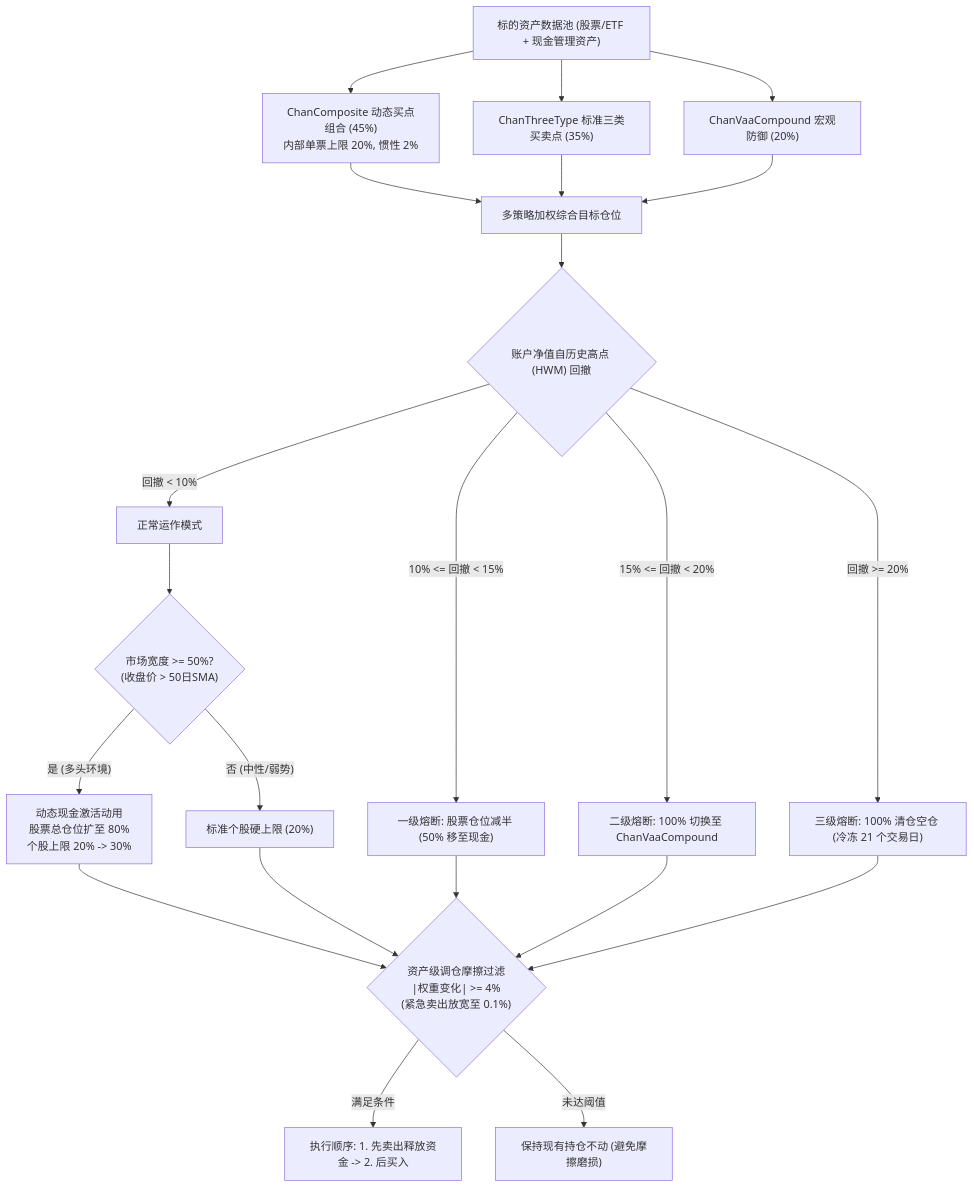
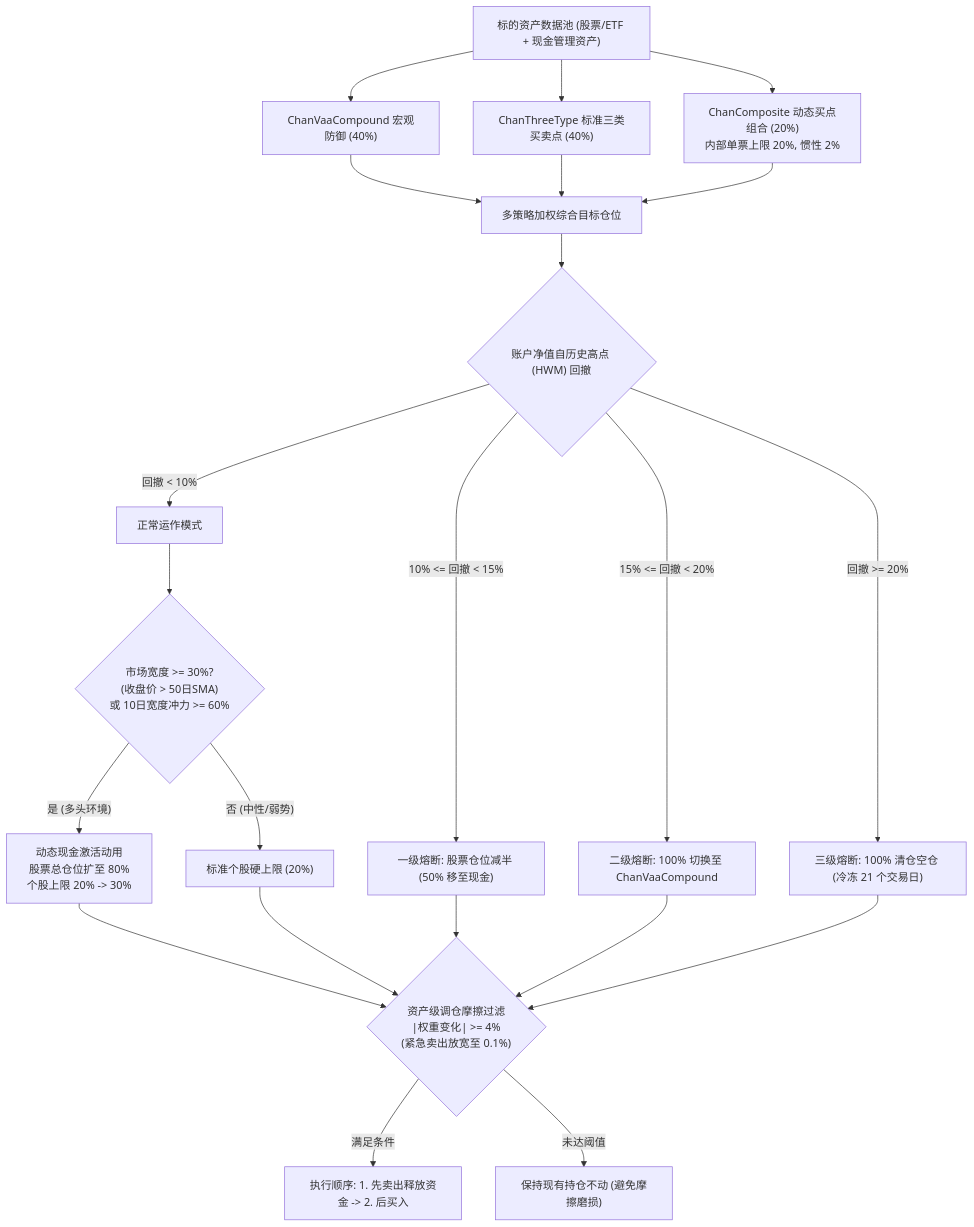
The first of 2 diagrams in docs/ruleset/chan_risk_managed_blend/rules_cn.md (stonewell/quant_research), drawn with Mermaid before and after one commit. The commit also changed other lines of this file and 25 other files, not shown here.

````diff
--- a/docs/ruleset/chan_risk_managed_blend/rules_cn.md
+++ b/docs/ruleset/chan_risk_managed_blend/rules_cn.md
@@ -18,23 +18,23 @@
 ```mermaid
 flowchart TD
-    Universe["标的资产数据池 (股票/ETF + 现金管理资产)"] --> Sub1["ChanComposite 动态买点组合 (45%)<br>内部单票上限 20%, 惯性 2%"]
-    Universe --> Sub2["ChanThreeType 标准三类买卖点 (35%)"]
-    Universe --> Sub3["ChanVaaCompound 宏观防御 (20%)"]
+    Universe["标的资产数据池 (股票/ETF + 现金管理资产)"] --> Sub1["ChanVaaCompound 宏观防御 (40%)"]
+    Universe --> Sub2["ChanThreeType 标准三类买卖点 (40%)"]
+    Universe --> Sub3["ChanComposite 动态买点组合 (20%)<br>内部单票上限 20%, 惯性 2%"]
     
     Sub1 & Sub2 & Sub3 --> Blend["多策略加权综合目标仓位"]
     
     Blend --> DDCheck{"账户净值自历史高点 (HWM) 回撤"}
     
     DDCheck -- "回撤 < 10%" --> NormalMode["正常运作模式"]
     DDCheck -- "10% <= 回撤 < 15%" --> Tier1["一级熔断: 股票仓位减半 (50% 移至现金)"]
     DDCheck -- "15% <= 回撤 < 20%" --> Tier2["二级熔断: 100% 切换至 ChanVaaCompound"]
     DDCheck -- "回撤 >= 20%" --> Tier3["三级熔断: 100% 清仓空仓 (冷冻 21 个交易日)"]
     
-    NormalMode --> BreadthCheck{"市场宽度 >= 50%?<br>(收盘价 > 50日SMA)"}
+    NormalMode --> BreadthCheck{"市场宽度 >= 30%?<br>(收盘价 > 50日SMA)<br>或 10日宽度冲力 >= 60%"}
     BreadthCheck -- 是 (多头环境) --> DynamicCash["动态现金激活动用<br>股票总仓位扩至 80%<br>个股上限 20% -> 30%"]
     BreadthCheck -- 否 (中性/弱势) --> BaseCap["标准个股硬上限 (20%)"]
     
     DynamicCash & BaseCap & Tier1 & Tier2 & Tier3 --> InertiaFilter{"资产级调仓摩擦过滤<br>|权重变化| >= 4%<br>(紧急卖出放宽至 0.1%)"}
     InertiaFilter -- "满足条件" --> OrderExec["执行顺序: 1. 先卖出释放资金 -> 2. 后买入"]
     InertiaFilter -- "未达阈值" --> HoldPrior["保持现有持仓不动 (避免摩擦磨损)"]
 ```
````
